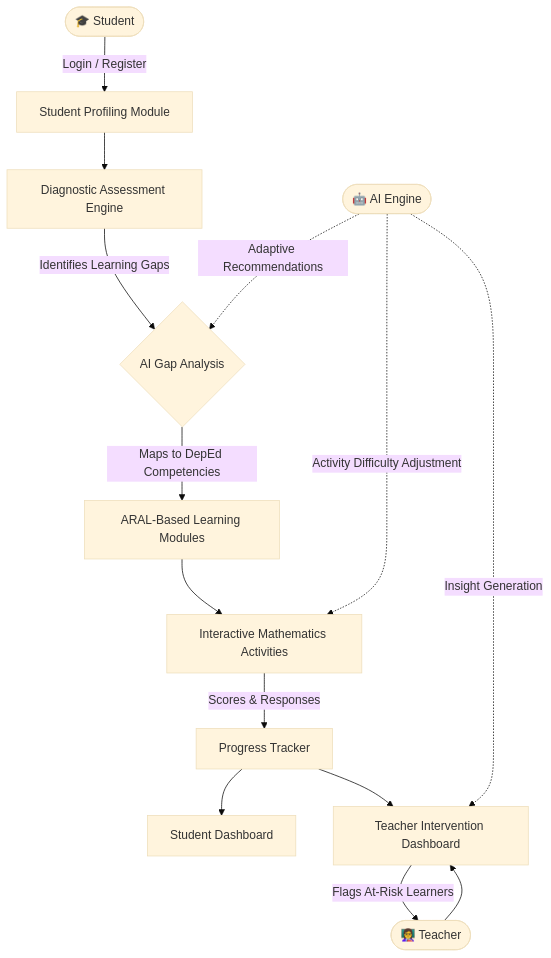
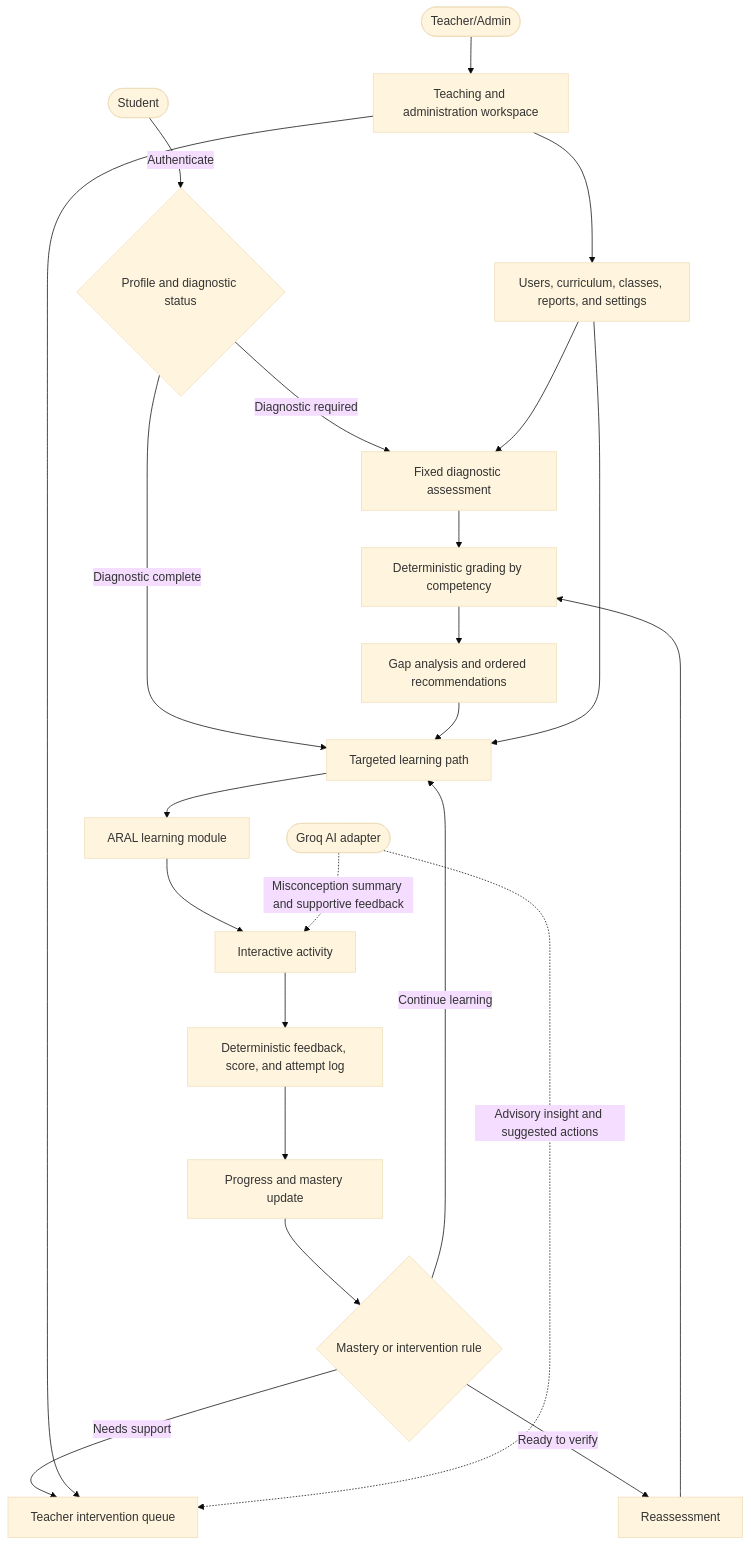
Before and after one commit to MathSmart-Systems/MathSmart-AI-Powered-Interactice-Learning-System: the first of 4 diagrams in docs/IMPLEMENTATION_PLAN.md, drawn with Mermaid (base theme). The commit also changed other lines of this file and 108 other files, not shown here.

````diff
--- a/docs/IMPLEMENTATION_PLAN.md
+++ b/docs/IMPLEMENTATION_PLAN.md
@@ -41,16 +50,25 @@
 ```mermaid
 flowchart TD
-    A([🎓 Student]) -->|Login / Register| B[Student Profiling Module]
-    B --> C[Diagnostic Assessment Engine]
-    C -->|Identifies Learning Gaps| D{AI Gap Analysis}
-    D -->|Maps to DepEd Competencies| E[ARAL-Based Learning Modules]
-    E --> F[Interactive Mathematics Activities]
-    F -->|Scores & Responses| G[Progress Tracker]
-    G --> H[Student Dashboard]
-    G --> I[Teacher Intervention Dashboard]
-    J([👩‍🏫 Teacher]) --> I
-    I -->|Flags At-Risk Learners| J
-    K([🤖 AI Engine]) -.->|Adaptive Recommendations| D
-    K -.->|Activity Difficulty Adjustment| F
-    K -.->|Insight Generation| I
+    A([Student]) -->|Authenticate| B{Profile and diagnostic status}
+    B -->|Diagnostic required| C[Fixed diagnostic assessment]
+    B -->|Diagnostic complete| F[Targeted learning path]
+    C --> D[Deterministic grading by competency]
+    D --> E[Gap analysis and ordered recommendations]
+    E --> F
+    F --> G[ARAL learning module]
+    G --> H[Interactive activity]
+    H --> I[Deterministic feedback, score, and attempt log]
+    I --> J[Progress and mastery update]
+    J --> K{Mastery or intervention rule}
+    K -->|Continue learning| F
+    K -->|Needs support| L[Teacher intervention queue]
+    K -->|Ready to verify| M[Reassessment]
+    M --> D
+    N([Teacher/Admin]) --> O[Teaching and administration workspace]
+    O --> L
+    O --> Q[Users, curriculum, classes, reports, and settings]
+    Q --> C
+    Q --> F
+    R([Groq AI adapter]) -.->|Misconception summary and supportive feedback| H
+    R -.->|Advisory insight and suggested actions| L
 ```
````
